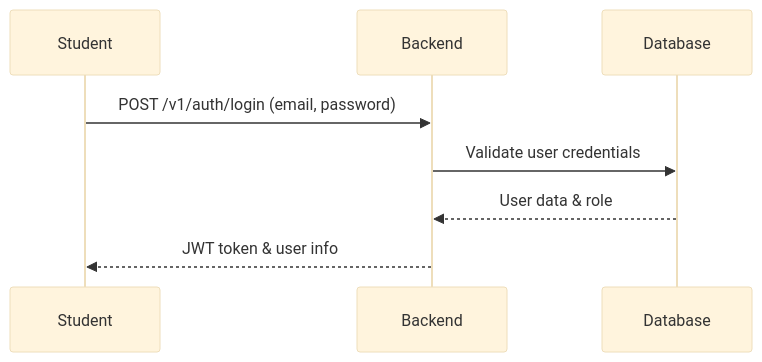
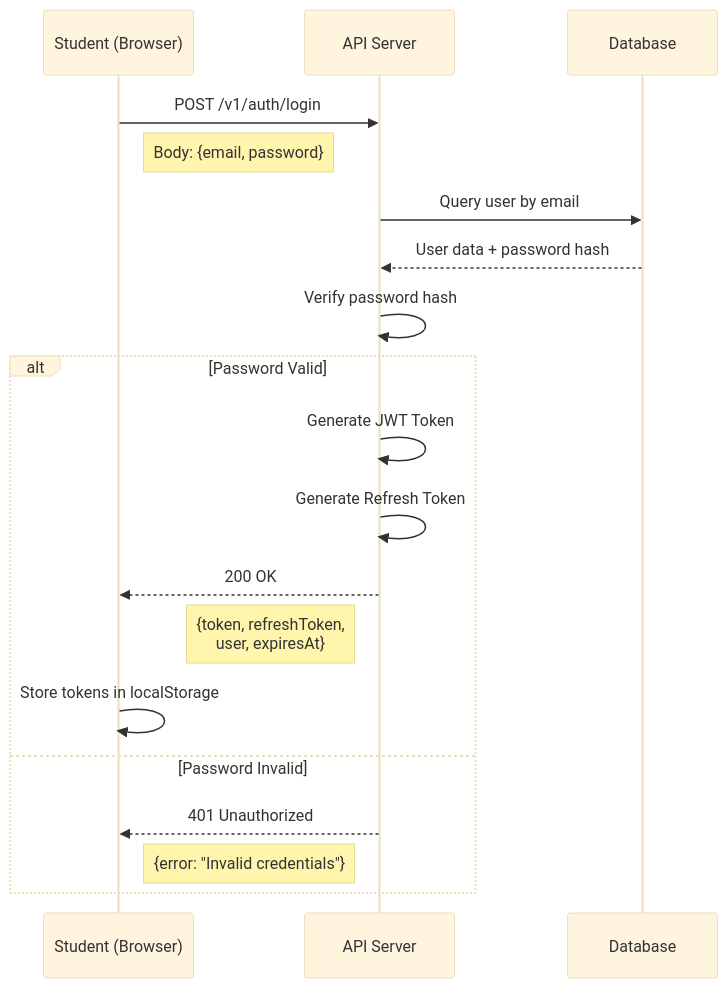
One commit to SangBejoo/cbt-mini-project changed the first of 16 diagrams in README.md. Above: the diagram before and after it, drawn with Mermaid (base theme). The commit also changed other lines of this file, not shown here.

````diff
--- a/README.md
+++ b/README.md
@@ -394,11 +403,26 @@
 ```mermaid
 sequenceDiagram
-    participant Student
-    participant Backend
-    participant Database
+    participant Student as Student (Browser)
+    participant API as API Server
+    participant DB as Database
+    
+    Student->>API: POST /v1/auth/login
+    Note right of Student: Body: {email, password}
+    
+    API->>DB: Query user by email
+    DB-->>API: User data + password hash
+    
+    API->>API: Verify password hash
+    
+    alt Password Valid
+        API->>API: Generate JWT Token
+        API->>API: Generate Refresh Token
+        API-->>Student: 200 OK
+        Note left of API: {token, refreshToken,<br/>user, expiresAt}
+        Student->>Student: Store tokens in localStorage
+    else Password Invalid
+        API-->>Student: 401 Unauthorized
+        Note left of API: {error: "Invalid credentials"}
+    end
 
-    Student->>Backend: POST /v1/auth/login (email, password)
-    Backend->>Database: Validate user credentials
-    Database-->>Backend: User data & role
-    Backend-->>Student: JWT token & user info
 ```
````
